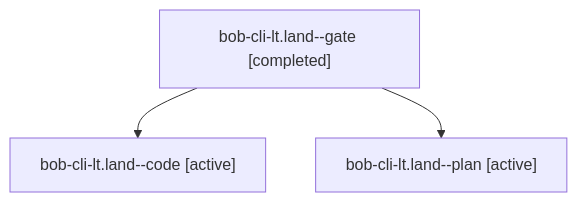
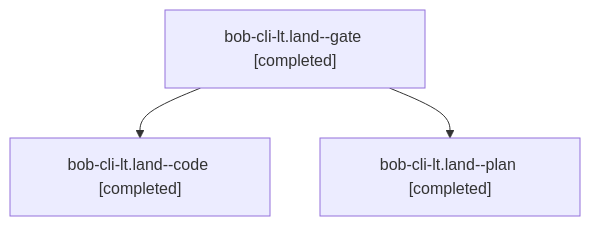
One commit to bobs-org/bob-cli--agents changed the diagram in sessions/bbugyi200.athena.bob-cli-lt.land.md. Above: the diagram before and after it, drawn with Mermaid. The commit also changed other lines of this file and 43 other files, not shown here.

````diff
--- a/sessions/bbugyi200.athena.bob-cli-lt.land.md
+++ b/sessions/bbugyi200.athena.bob-cli-lt.land.md
@@ -9,8 +9,8 @@
 ```mermaid
 flowchart TD
   n0["bob-cli-lt.land--gate [completed]"]
-  n1["bob-cli-lt.land--code [active]"]
+  n1["bob-cli-lt.land--code [completed]"]
   n0 --> n1
-  n2["bob-cli-lt.land--plan [active]"]
+  n2["bob-cli-lt.land--plan [completed]"]
   n0 --> n2
 ```
````
